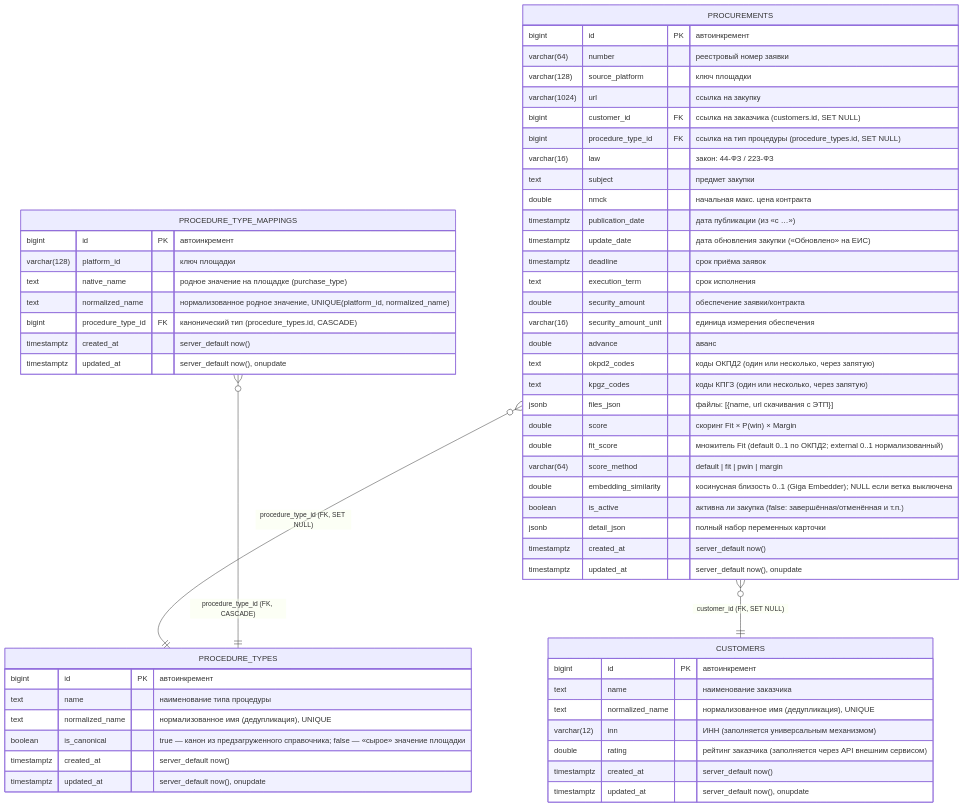
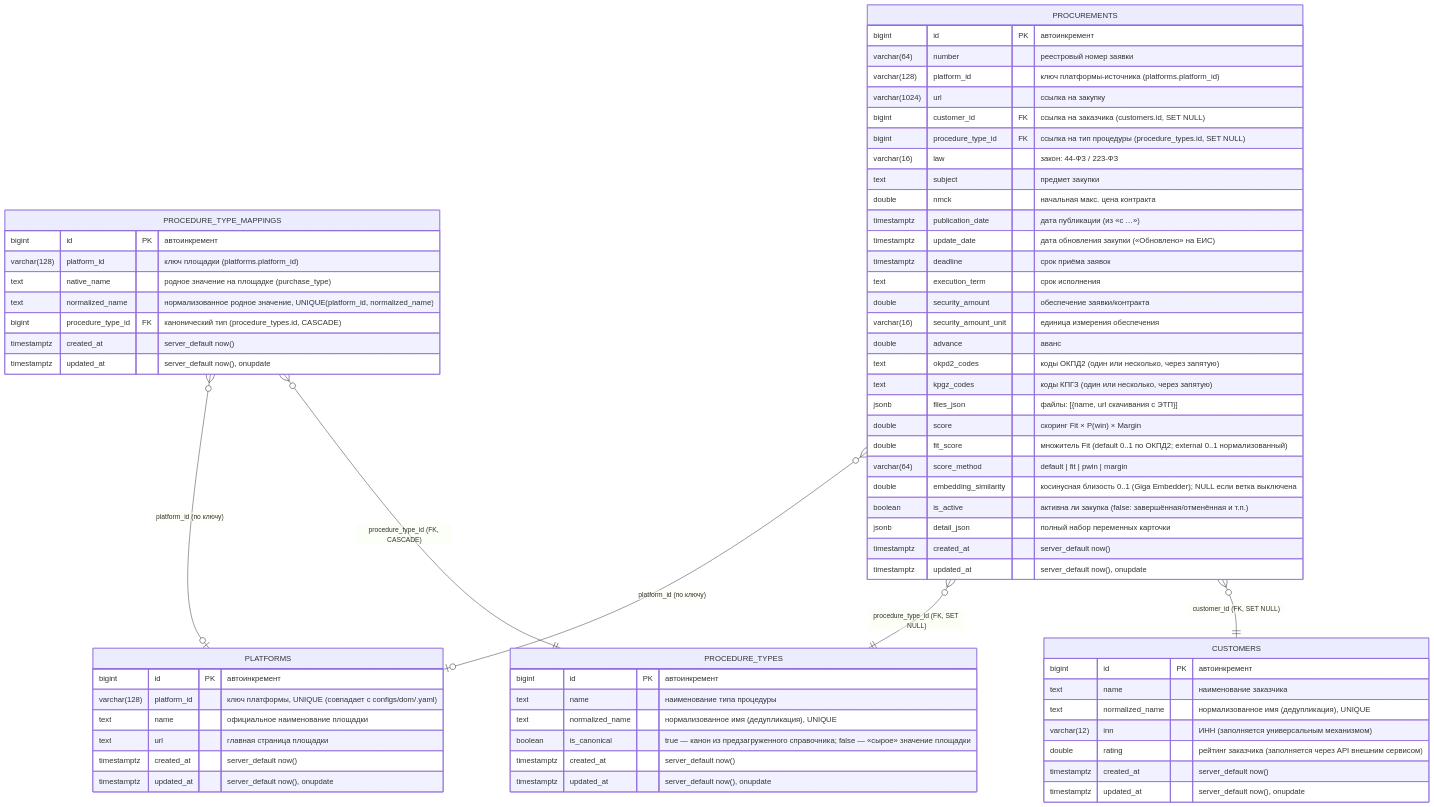
Before and after one commit to igorvolk1961/zakupki_parser: the diagram in docs/c4/db-schema.md, drawn with Mermaid. The commit also changed other lines of this file and 16 other files, not shown here.

Commit message:
БД/web: справочник платформ (имя/URL) + единое именование platform_id вместо source_platform

````diff
--- a/docs/c4/db-schema.md
+++ b/docs/c4/db-schema.md
@@ -6,65 +6,76 @@
 ```mermaid
 erDiagram
     CUSTOMERS {
         bigint id PK "автоинкремент"
         text name "наименование заказчика"
         text normalized_name "нормализованное имя (дедупликация), UNIQUE"
         varchar(12) inn "ИНН (заполняется универсальным механизмом)"
         double rating "рейтинг заказчика (заполняется через API внешним сервисом)"
+        timestamptz created_at "server_default now()"
+        timestamptz updated_at "server_default now(), onupdate"
+    }
+
+    PLATFORMS {
+        bigint id PK "автоинкремент"
+        varchar(128) platform_id "ключ платформы, UNIQUE (совпадает с configs/dom/<platform_id>.yaml)"
+        text name "официальное наименование площадки"
+        text url "главная страница площадки"
         timestamptz created_at "server_default now()"
         timestamptz updated_at "server_default now(), onupdate"
     }
 
     PROCEDURE_TYPES {
         bigint id PK "автоинкремент"
         text name "наименование типа процедуры"
         text normalized_name "нормализованное имя (дедупликация), UNIQUE"
         boolean is_canonical "true — канон из предзагруженного справочника; false — «сырое» значение площадки"
         timestamptz created_at "server_default now()"
         timestamptz updated_at "server_default now(), onupdate"
     }
 
     PROCEDURE_TYPE_MAPPINGS {
         bigint id PK "автоинкремент"
-        varchar(128) platform_id "ключ площадки"
+        varchar(128) platform_id "ключ площадки (platforms.platform_id)"
         text native_name "родное значение на площадке (purchase_type)"
         text normalized_name "нормализованное родное значение, UNIQUE(platform_id, normalized_name)"
         bigint procedure_type_id FK "канонический тип (procedure_types.id, CASCADE)"
         timestamptz created_at "server_default now()"
         timestamptz updated_at "server_default now(), onupdate"
     }
 
     PROCUREMENTS {
         bigint id PK "автоинкремент"
         varchar(64) number "реестровый номер заявки"
-        varchar(128) source_platform "ключ площадки"
+        varchar(128) platform_id "ключ платформы-источника (platforms.platform_id)"
         varchar(1024) url "ссылка на закупку"
         bigint customer_id FK "ссылка на заказчика (customers.id, SET NULL)"
         bigint procedure_type_id FK "ссылка на тип процедуры (procedure_types.id, SET NULL)"
         varchar(16) law "закон: 44-ФЗ / 223-ФЗ"
         text subject "предмет закупки"
         double nmck "начальная макс. цена контракта"
         timestamptz publication_date "дата публикации (из «с …»)"
         timestamptz update_date "дата обновления закупки («Обновлено» на ЕИС)"
         timestamptz deadline "срок приёма заявок"
         text execution_term "срок исполнения"
         double security_amount "обеспечение заявки/контракта"
         varchar(16) security_amount_unit "единица измерения обеспечения"
         double advance "аванс"
         text okpd2_codes "коды ОКПД2 (один или несколько, через запятую)"
         text kpgz_codes "коды КПГЗ (один или несколько, через запятую)"
         jsonb files_json "файлы: [{name, url скачивания с ЭТП}]"
         double score "скоринг Fit × P(win) × Margin"
         double fit_score "множитель Fit (default 0..1 по ОКПД2; external 0..1 нормализованный)"
         varchar(64) score_method "default | fit | pwin | margin"
         double embedding_similarity "косинусная близость 0..1 (Giga Embedder); NULL если ветка выключена"
         boolean is_active "активна ли закупка (false: завершённая/отменённая и т.п.)"
         jsonb detail_json "полный набор переменных карточки"
         timestamptz created_at "server_default now()"
         timestamptz updated_at "server_default now(), onupdate"
     }
 
     PROCUREMENTS }o--|| CUSTOMERS : "customer_id (FK, SET NULL)"
     PROCUREMENTS }o--|| PROCEDURE_TYPES : "procedure_type_id (FK, SET NULL)"
     PROCEDURE_TYPE_MAPPINGS }o--|| PROCEDURE_TYPES : "procedure_type_id (FK, CASCADE)"
+    PROCUREMENTS }o--o| PLATFORMS : "platform_id (по ключу)"
+    PROCEDURE_TYPE_MAPPINGS }o--o| PLATFORMS : "platform_id (по ключу)"
 ```
````
